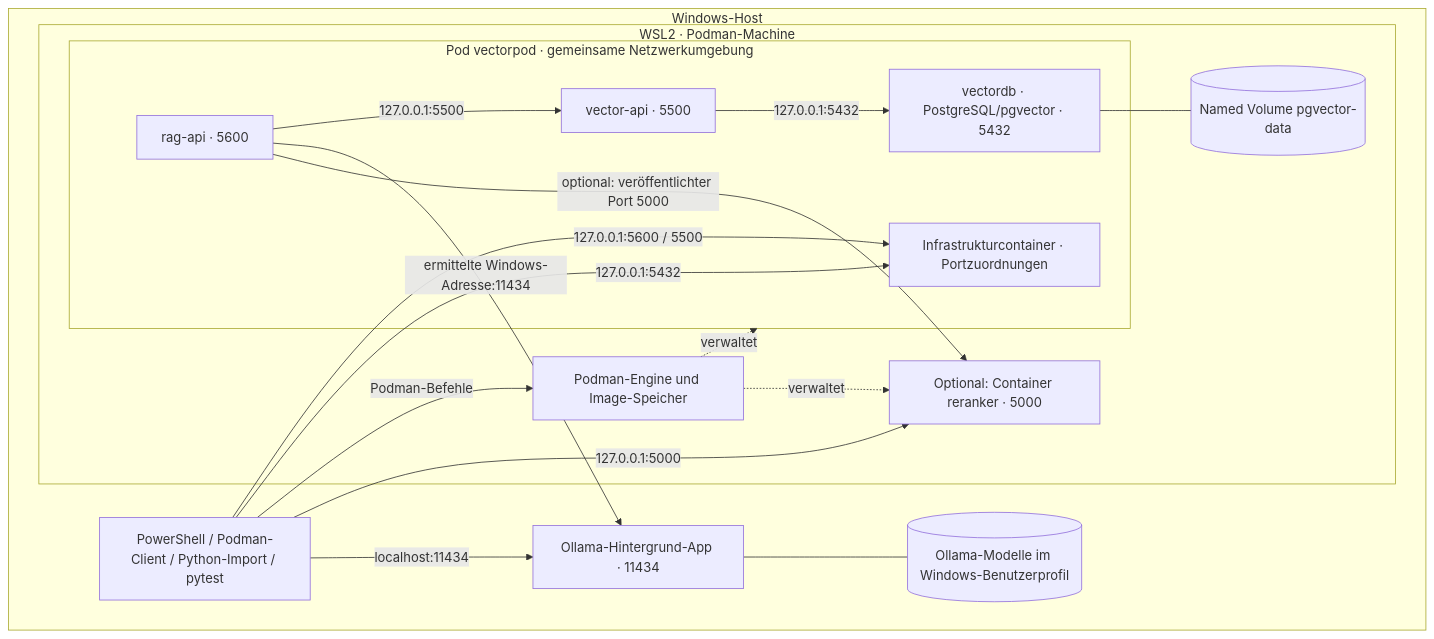
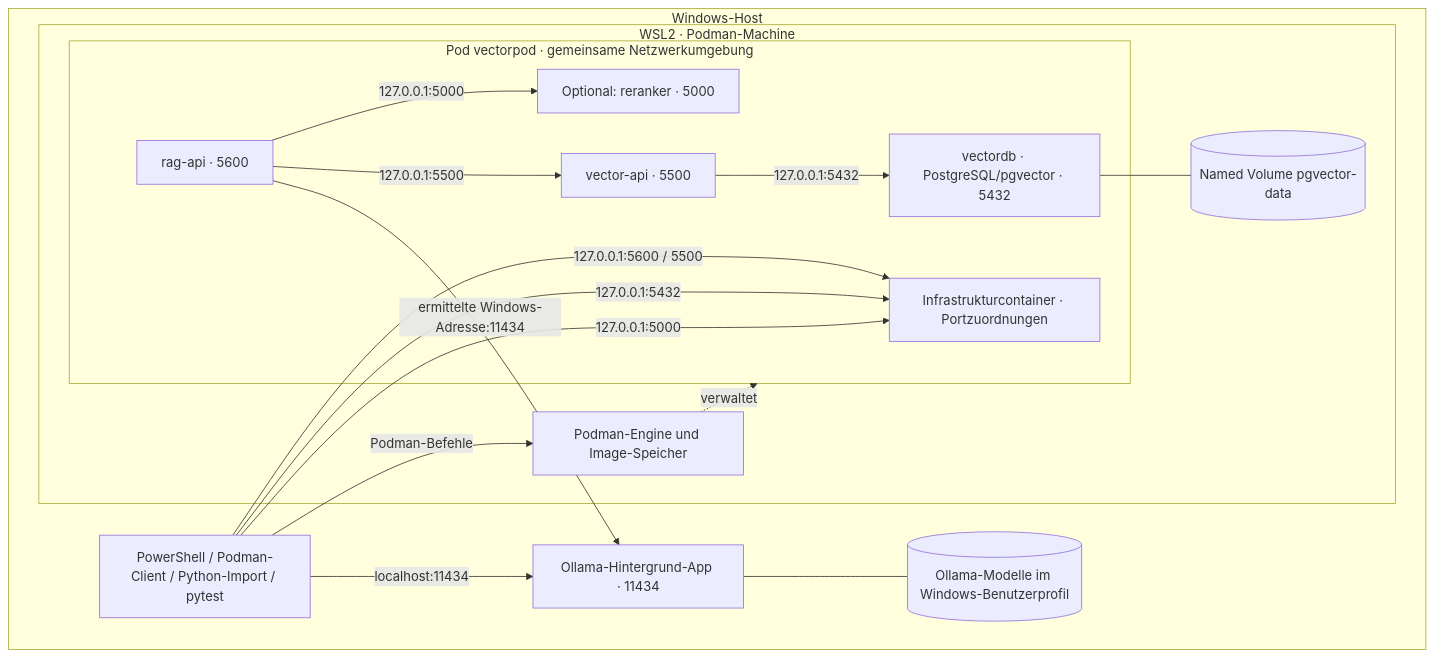
One commit to WolfgangNiebuhr/roemerrag changed the diagram in docs/7-verteilungssicht.md. Above: the diagram before and after it, drawn with Mermaid. The commit also changed other lines of this file and 7 other files, not shown here.

````diff
--- a/docs/7-verteilungssicht.md
+++ b/docs/7-verteilungssicht.md
@@ -20,32 +20,31 @@
 ```mermaid
 flowchart TB
     subgraph windows["Windows-Host"]
         cli["PowerShell / Podman-Client / Python-Import / pytest"]
         ollama["Ollama-Hintergrund-App · 11434"]
         models[("Ollama-Modelle im Windows-Benutzerprofil")]
         subgraph wsl["WSL2 · Podman-Machine"]
             engine["Podman-Engine und Image-Speicher"]
             subgraph pod["Pod vectorpod · gemeinsame Netzwerkumgebung"]
                 infra["Infrastrukturcontainer · Portzuordnungen"]
                 db["vectordb · PostgreSQL/pgvector · 5432"]
                 vector["vector-api · 5500"]
                 rag["rag-api · 5600"]
+                rerank["Optional: reranker · 5000"]
+                rag -->|"127.0.0.1:5000"| rerank
                 rag -->|"127.0.0.1:5500"| vector
                 vector -->|"127.0.0.1:5432"| db
             end
             volume[("Named Volume pgvector-data")]
-            rerank["Optional: Container reranker · 5000"]
             db --- volume
             engine -. verwaltet .-> pod
-            engine -. verwaltet .-> rerank
         end
         cli -->|"Podman-Befehle"| engine
         cli -->|"127.0.0.1:5600 / 5500"| infra
         cli -->|"127.0.0.1:5432"| infra
-        cli -->|"127.0.0.1:5000"| rerank
+        cli -->|"127.0.0.1:5000"| infra
         cli -->|"localhost:11434"| ollama
         rag -->|"ermittelte Windows-Adresse:11434"| ollama
-        rag -->|"optional: veröffentlichter Port 5000"| rerank
         ollama --- models
     end
 ```
````
